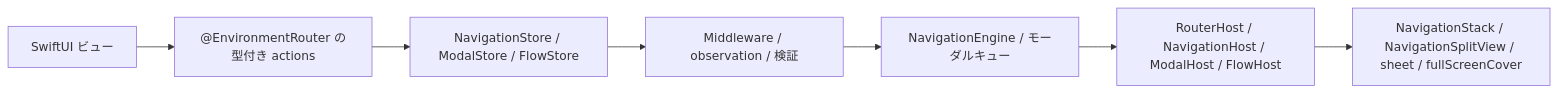
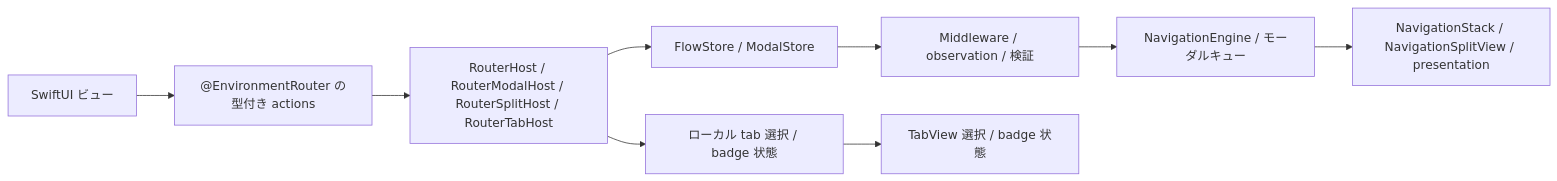
Before and after one commit to InnoSquadCorp/InnoRouter: the first of 2 diagrams in README.ja.md, drawn with Mermaid. The commit also changed other lines of this file and 9 other files, not shown here.

````diff
--- a/README.ja.md
+++ b/README.ja.md
@@ -304,9 +370,11 @@
 ```mermaid
 flowchart LR
     View["SwiftUI ビュー"] --> Actions["@EnvironmentRouter の型付き actions"]
-    Actions --> Store["NavigationStore / ModalStore / FlowStore"]
+    Actions --> Host["RouterHost / RouterModalHost / RouterSplitHost / RouterTabHost"]
+    Host --> Store["FlowStore / ModalStore"]
+    Host --> Tabs["ローカル tab 選択 / badge 状態"]
     Store --> Policy["Middleware / observation / 検証"]
     Policy --> Execution["NavigationEngine / モーダルキュー"]
-    Execution --> Host["RouterHost / NavigationHost / ModalHost / FlowHost"]
-    Host --> System["NavigationStack / NavigationSplitView / sheet / fullScreenCover"]
+    Execution --> Routed["NavigationStack / NavigationSplitView / presentation"]
+    Tabs --> TabView["TabView 選択 / badge 状態"]
 ```
````
